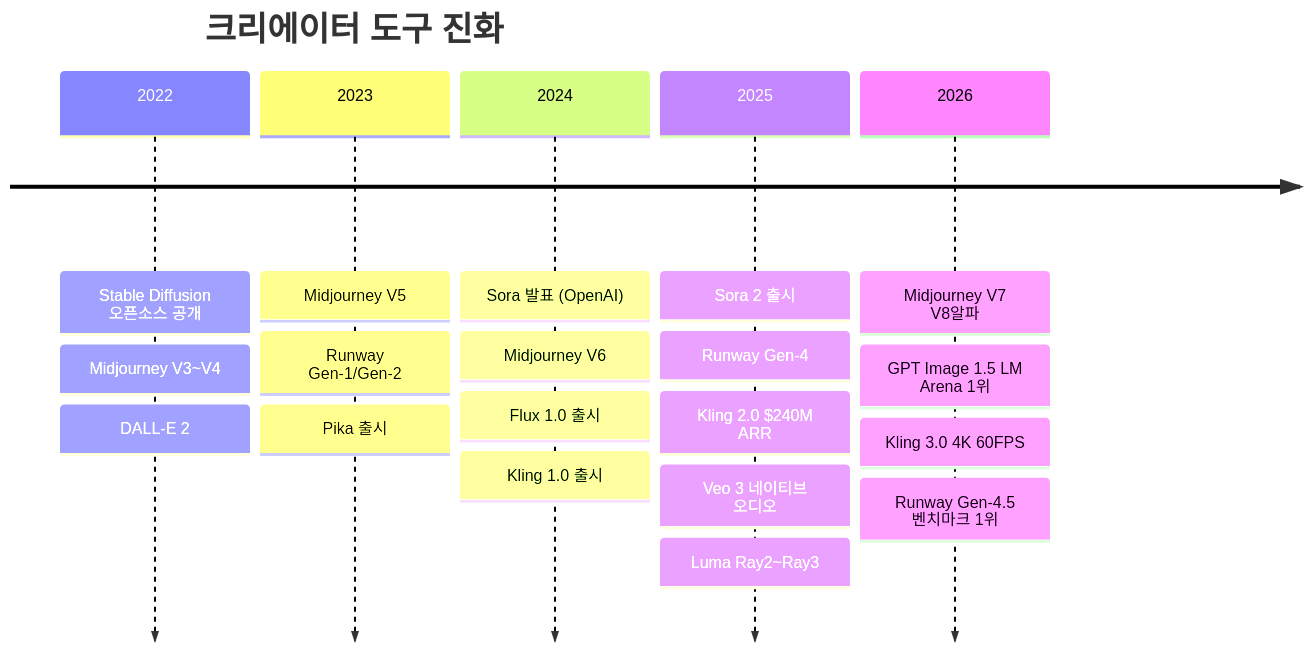
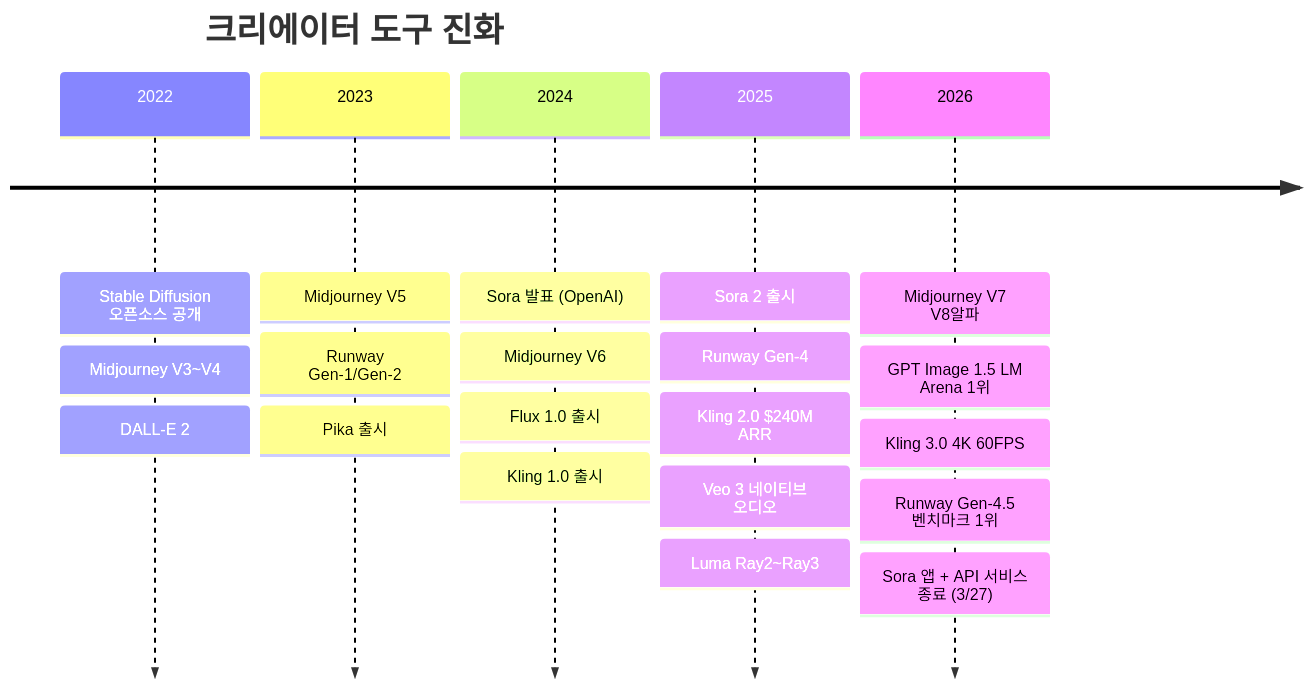
Before and after one commit to Lazere4385/ai-whatchelin: the eighth of 11 diagrams in README_ko.md, drawn with Mermaid. The commit also changed other lines of this file and 1 other file, not shown here.

````diff
--- a/README_ko.md
+++ b/README_ko.md
@@ -547,23 +547,24 @@
 ```mermaid
 timeline
     title 크리에이터 도구 진화
     2022 : Stable Diffusion 오픈소스 공개
          : Midjourney V3~V4
          : DALL-E 2
     2023 : Midjourney V5
          : Runway Gen-1/Gen-2
          : Pika 출시
     2024 : Sora 발표 (OpenAI)
          : Midjourney V6
          : Flux 1.0 출시
          : Kling 1.0 출시
     2025 : Sora 2 출시
          : Runway Gen-4
          : Kling 2.0 $240M ARR
          : Veo 3 네이티브 오디오
          : Luma Ray2~Ray3
     2026 : Midjourney V7 V8알파
          : GPT Image 1.5 LM Arena 1위
          : Kling 3.0 4K 60FPS
          : Runway Gen-4.5 벤치마크 1위
+         : Sora 앱 + API 서비스 종료 (3/27)
 ```
````
